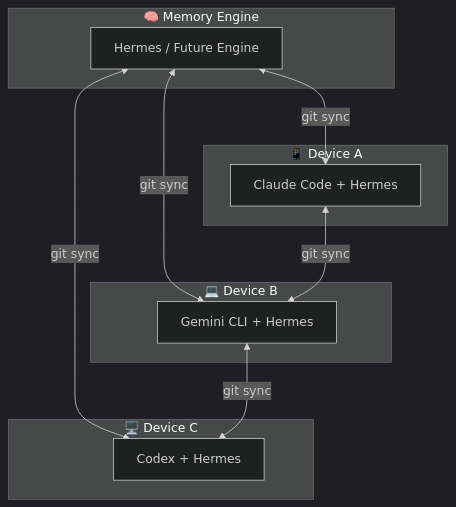
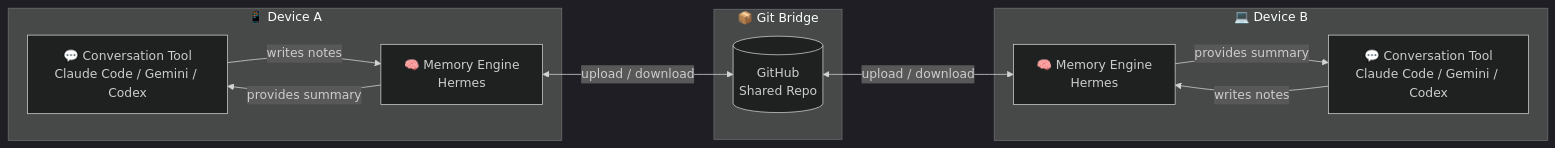
Before and after one commit to atsyty/CortexNexus: the first of 3 diagrams in README.md, drawn with Mermaid (dark theme).

Commit message:
docs: update architecture diagram to symmetrical two-device view
Replace star topology with Device A ↔ Git Bridge ↔ Device B layout.
Each device shows both Conversation Tool and Memory Engine with
bidirectional arrows, making the protocol flow clearer.

````diff
--- a/README.md
+++ b/README.md
@@ -48,24 +48,23 @@
 ```mermaid
-graph TD
-    subgraph "🧠 Memory Engine"
-        H[Hermes / Future Engine]
+graph LR
+    subgraph "📱 Device A"
+        CT1[💬 Conversation Tool<br/>Claude Code / Gemini / Codex]
+        ME1[🧠 Memory Engine<br/>Hermes]
+        CT1 -->|writes notes| ME1
+        ME1 -->|provides summary| CT1
     end
 
-    subgraph "📱 Device A"
-        CA[Claude Code + Hermes]
+    subgraph "📦 Git Bridge"
+        G[(GitHub<br/>Shared Repo)]
     end
 
     subgraph "💻 Device B"
-        GB[Gemini CLI + Hermes]
+        CT2[💬 Conversation Tool<br/>Claude Code / Gemini / Codex]
+        ME2[🧠 Memory Engine<br/>Hermes]
+        CT2 -->|writes notes| ME2
+        ME2 -->|provides summary| CT2
     end
 
-    subgraph "🖥️ Device C"
-        CX[Codex + Hermes]
-    end
-
-    H <-->|git sync| CA
-    H <-->|git sync| GB
-    H <-->|git sync| CX
-    CA <-->|git sync| GB
-    GB <-->|git sync| CX
+    ME1 <-->|upload / download| G
+    G <-->|upload / download| ME2
 ```
````
